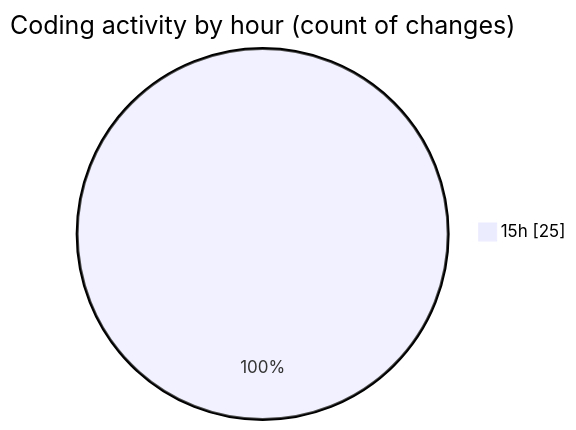
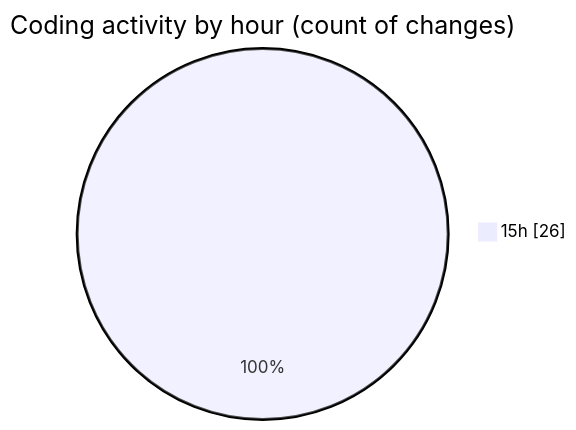
The second of 2 diagrams in 2026-04-02/ai-programming-assignment-4/README.md (Unknowalive/code-tracking), drawn with Mermaid before and after one commit. The commit also changed other lines of this file and 1 other file, not shown here.

````diff
--- a/2026-04-02/ai-programming-assignment-4/README.md
+++ b/2026-04-02/ai-programming-assignment-4/README.md
@@ -37,5 +37,5 @@
 ```mermaid
 pie showData
 title Coding activity by hour (count of changes)
-"15h" : 25
+"15h" : 26
 ```
````
